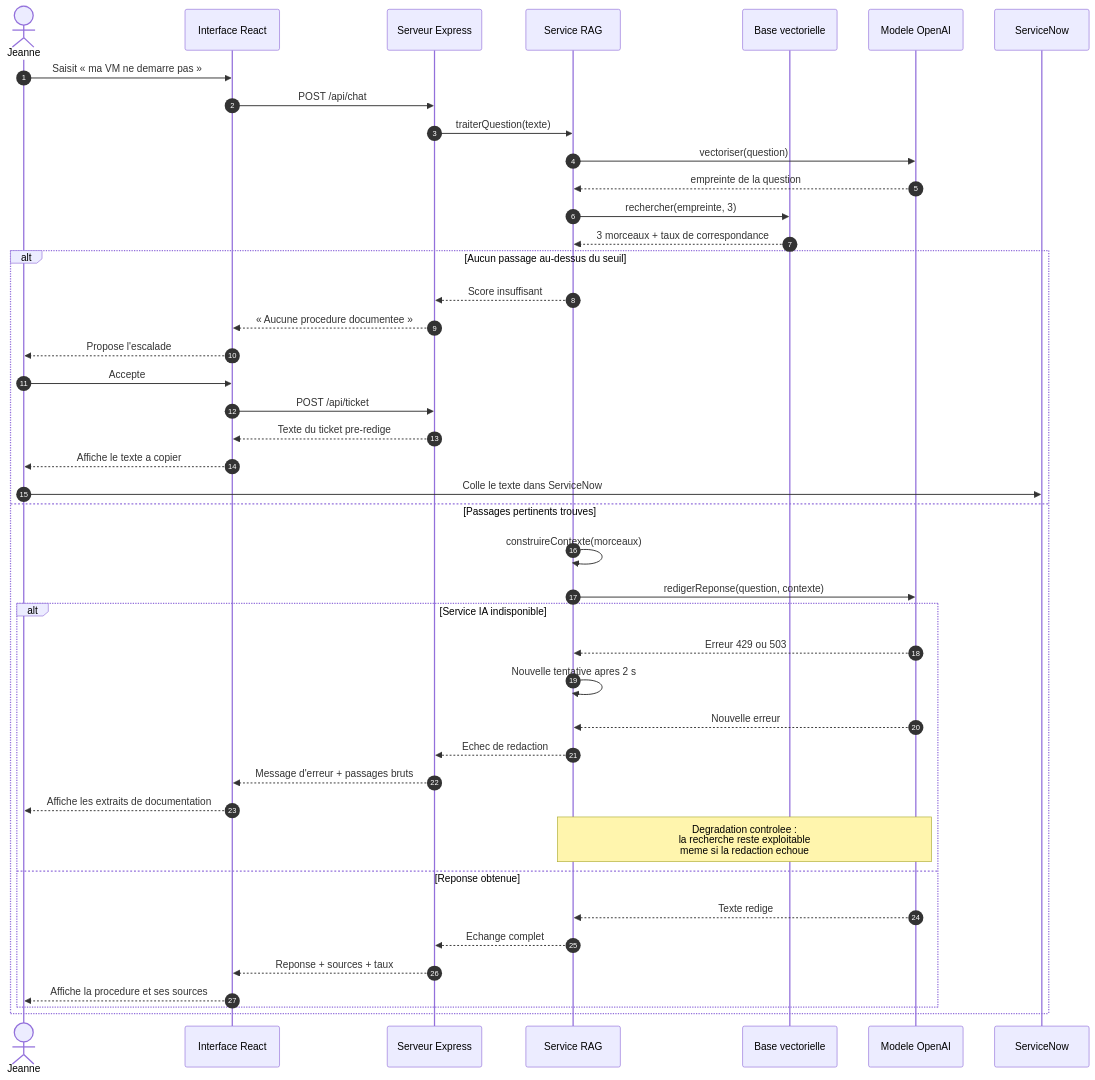
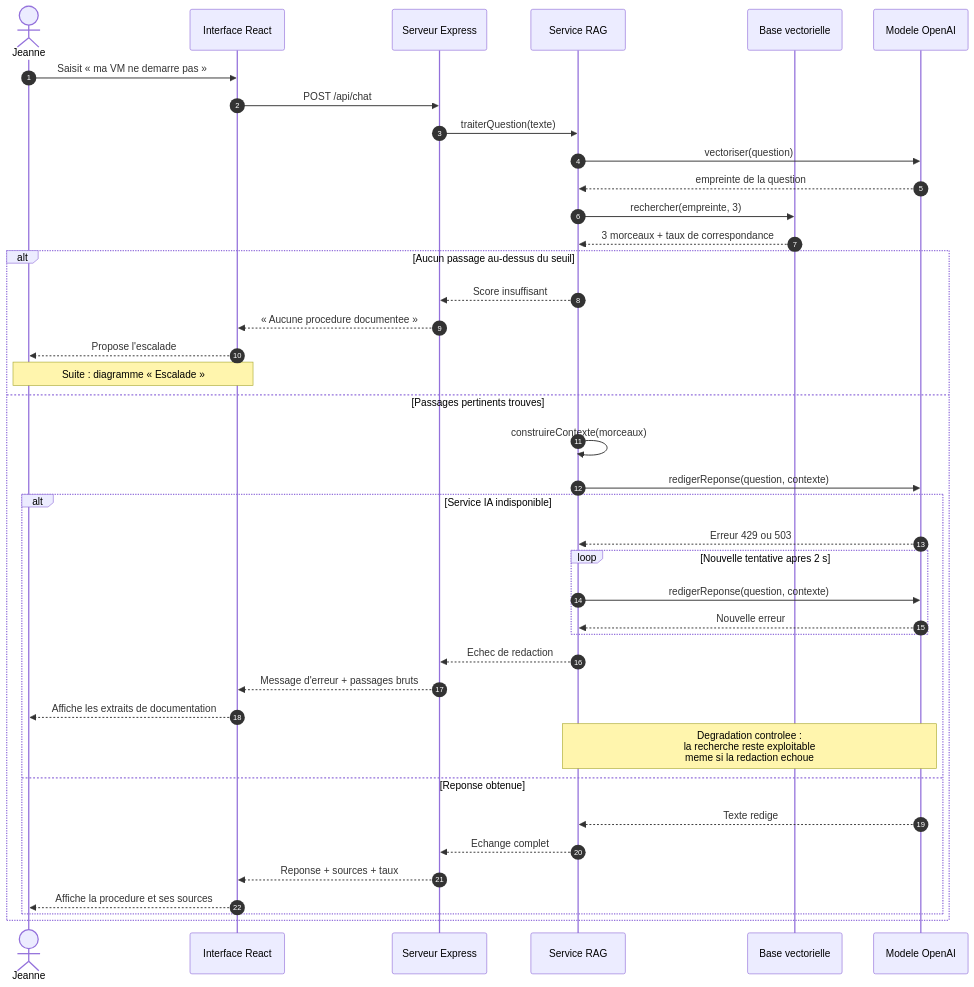
One commit to margotmc-web/Chatbot_PPV_BC07 changed the first of 2 diagrams in 11-diagramme-sequence.md. Above: the diagram before and after it, drawn with Mermaid. The commit also changed other lines of this file, not shown here.

First line of the commit message:
Diagramme de séquence : extraction de l'escalade et boucle de nouvelle tentative

````diff
--- a/11-diagramme-sequence.md
+++ b/11-diagramme-sequence.md
@@ -9,49 +9,46 @@
 ```mermaid
 sequenceDiagram
     autonumber
     actor J as Jeanne
     participant F as Interface React
     participant S as Serveur Express
     participant R as Service RAG
     participant C as Base vectorielle
     participant IA as Modele OpenAI
-    participant SN as ServiceNow
 
     J->>F: Saisit « ma VM ne demarre pas »
     F->>S: POST /api/chat
     S->>R: traiterQuestion(texte)
 
     R->>IA: vectoriser(question)
     IA-->>R: empreinte de la question
     R->>C: rechercher(empreinte, 3)
     C-->>R: 3 morceaux + taux de correspondance
 
     alt Aucun passage au-dessus du seuil
         R-->>S: Score insuffisant
         S-->>F: « Aucune procedure documentee »
         F-->>J: Propose l'escalade
-        J->>F: Accepte
-        F->>S: POST /api/ticket
-        S-->>F: Texte du ticket pre-redige
-        F-->>J: Affiche le texte a copier
-        J->>SN: Colle le texte dans ServiceNow
+        Note over J,F: Suite : diagramme « Escalade »
     else Passages pertinents trouves
         R->>R: construireContexte(morceaux)
         R->>IA: redigerReponse(question, contexte)
 
         alt Service IA indisponible
             IA-->>R: Erreur 429 ou 503
-            R->>R: Nouvelle tentative apres 2 s
-            IA-->>R: Nouvelle erreur
+            loop Nouvelle tentative apres 2 s
+                R->>IA: redigerReponse(question, contexte)
+                IA-->>R: Nouvelle erreur
+            end
             R-->>S: Echec de redaction
             S-->>F: Message d'erreur + passages bruts
             F-->>J: Affiche les extraits de documentation
             Note over R,IA: Degradation controlee :<br/>la recherche reste exploitable<br/>meme si la redaction echoue
         else Reponse obtenue
             IA-->>R: Texte redige
             R-->>S: Echange complet
             S-->>F: Reponse + sources + taux
             F-->>J: Affiche la procedure et ses sources
         end
     end
 ```
````
